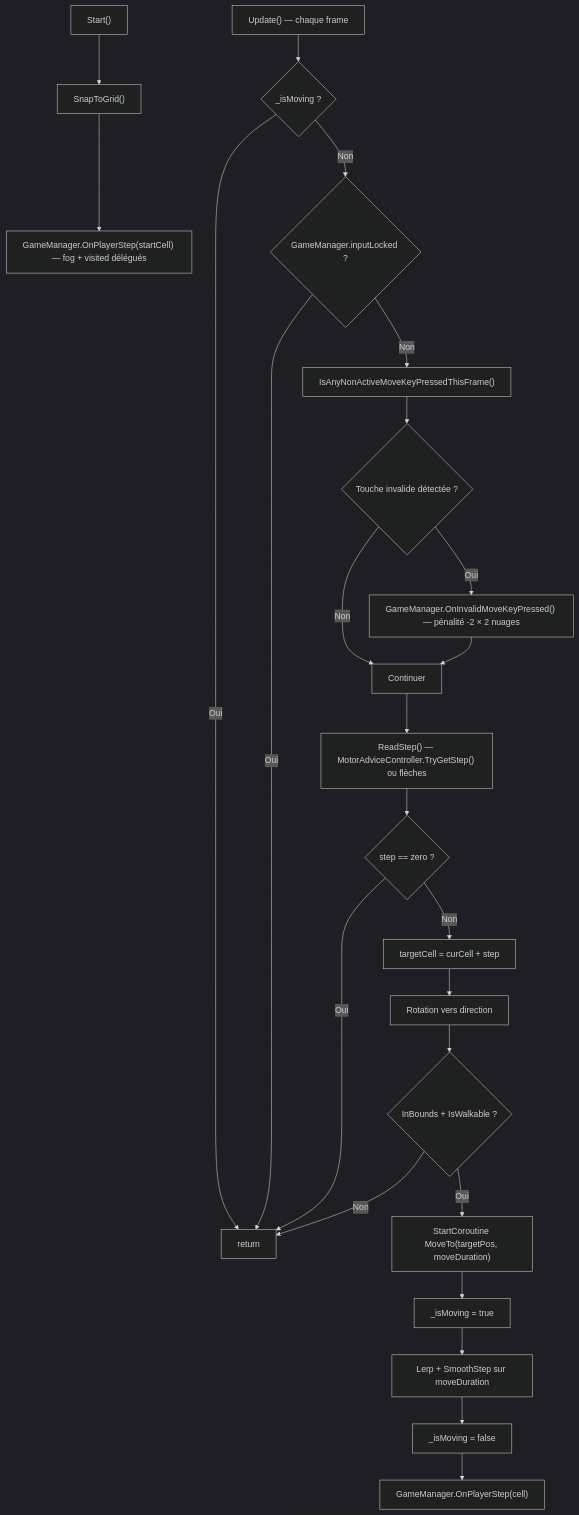
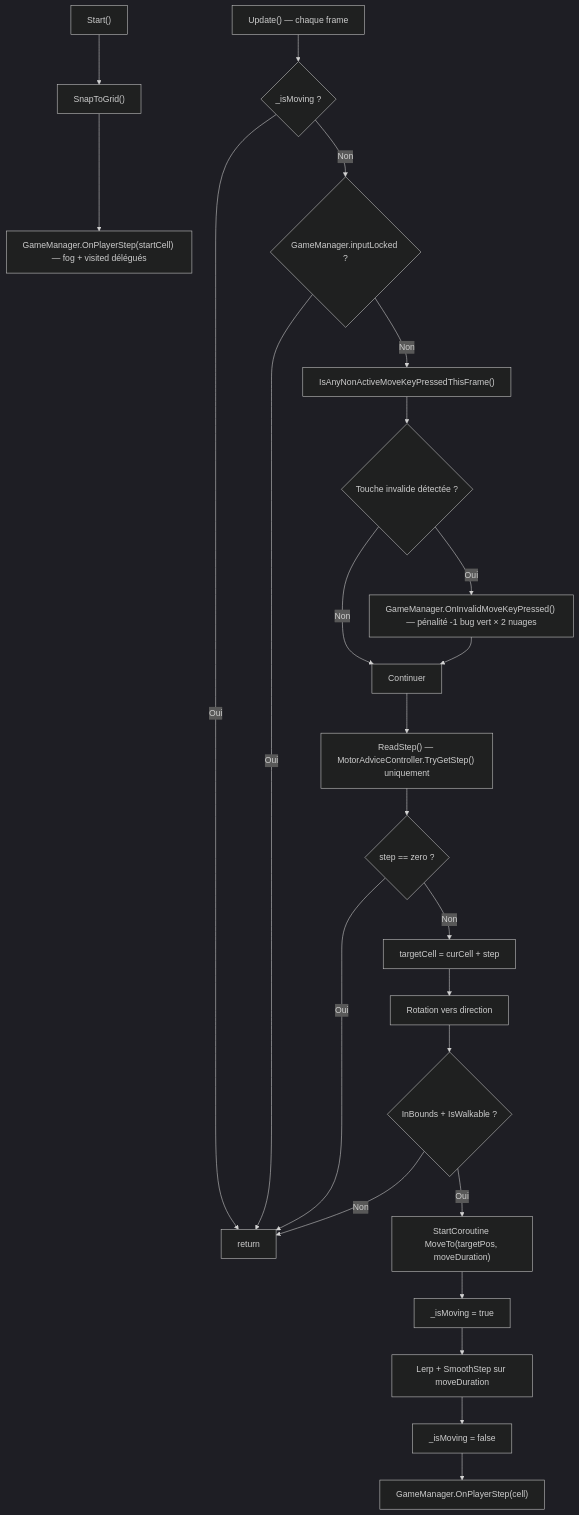
Before and after one commit to PierreChagnon/BUGS: the ninth of 28 diagrams in Docs/TDD.md, drawn with Mermaid (dark theme). The commit also changed other lines of this file and 8 other files, not shown here.

````diff
--- a/Docs/TDD.md
+++ b/Docs/TDD.md
@@ -807,28 +809,28 @@
 ```mermaid
 graph TD
     A["Start()"] --> B["SnapToGrid()"]
     B --> C["GameManager.OnPlayerStep(startCell) — fog + visited délégués"]
 
     E["Update() — chaque frame"] --> F{_isMoving ?}
     F -->|Oui| G[return]
     F -->|Non| H{GameManager.inputLocked ?}
     H -->|Oui| G
     H -->|Non| INV["IsAnyNonActiveMoveKeyPressedThisFrame()"]
     INV --> INV2{Touche invalide détectée ?}
-    INV2 -->|Oui| INV3["GameManager.OnInvalidMoveKeyPressed() — pénalité -2 × 2 nuages"]
+    INV2 -->|Oui| INV3["GameManager.OnInvalidMoveKeyPressed() — pénalité -1 bug vert × 2 nuages"]
     INV2 -->|Non| CONT[Continuer]
     INV3 --> CONT
-    CONT --> I["ReadStep() — MotorAdviceController.TryGetStep() ou flèches"]
+    CONT --> I["ReadStep() — MotorAdviceController.TryGetStep() uniquement"]
     I --> J{step == zero ?}
     J -->|Oui| G
     J -->|Non| K["targetCell = curCell + step"]
     K --> L["Rotation vers direction"]
     L --> M{"InBounds + IsWalkable ?"}
     M -->|Non| G
     M -->|Oui| N["StartCoroutine MoveTo(targetPos, moveDuration)"]
 
     N --> O["_isMoving = true"]
     O --> P["Lerp + SmoothStep sur moveDuration"]
     P --> Q["_isMoving = false"]
     Q --> R["GameManager.OnPlayerStep(cell)"]
 ```
````
